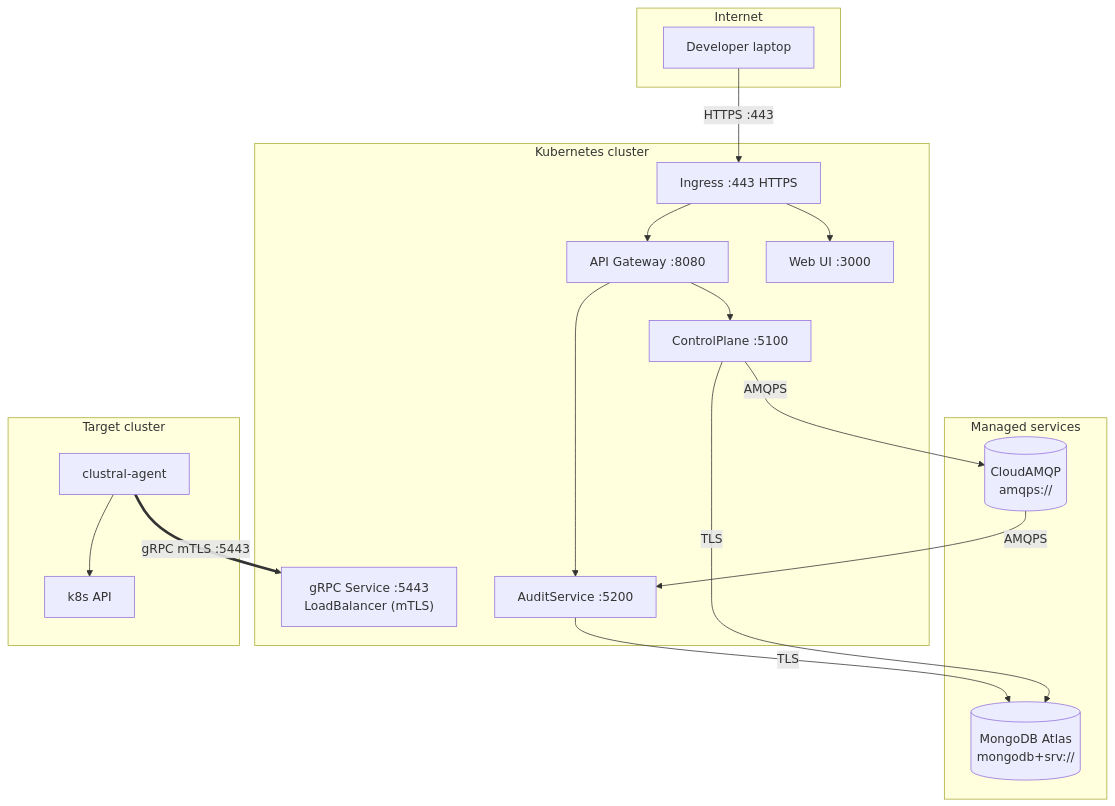
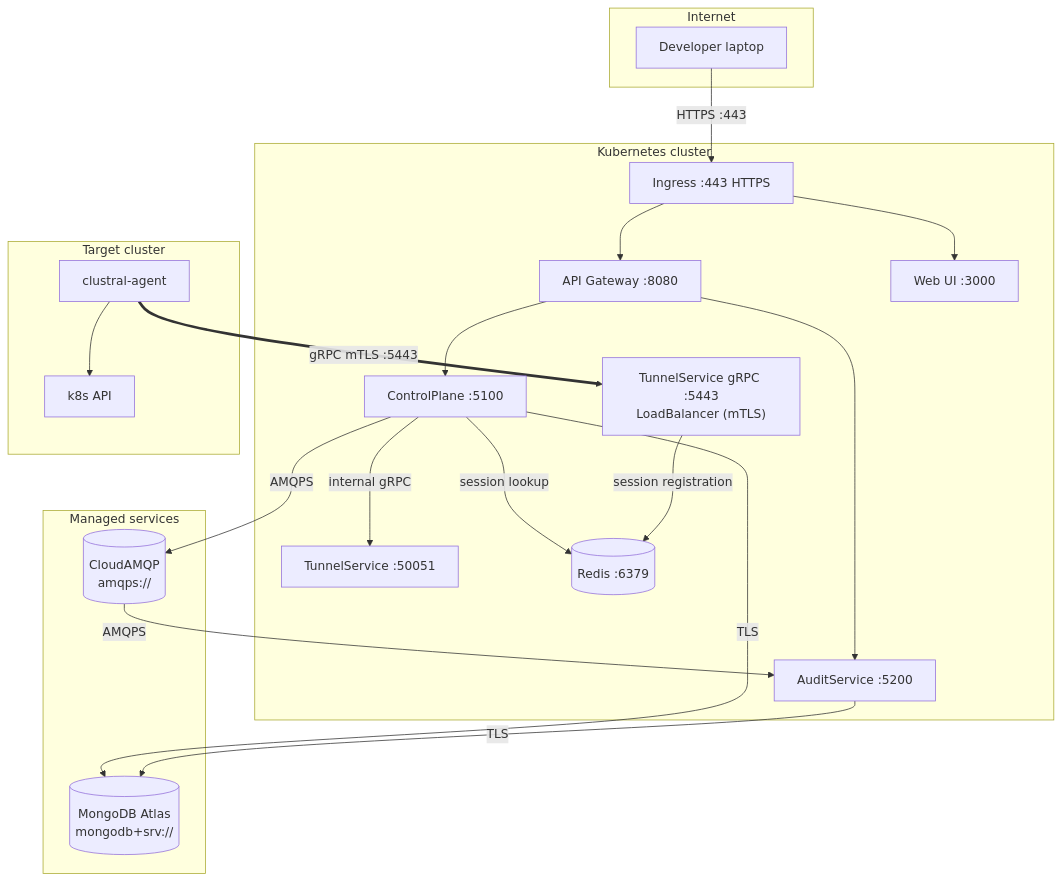
One commit to Clustral/clustral changed the third of 4 diagrams in docs-site/architecture/network-map.md. Above: the diagram before and after it, drawn with Mermaid. The commit also changed other lines of this file and 10 other files, not shown here.

First line of the commit message:
docs: update all diagrams + docs for TunnelService split (#4)

````diff
--- a/docs-site/architecture/network-map.md
+++ b/docs-site/architecture/network-map.md
@@ -123,36 +136,41 @@
 ```mermaid
 graph TB
     subgraph Internet
         USER[Developer laptop]
     end
 
     subgraph "Kubernetes cluster"
         ING[Ingress :443 HTTPS]
         GW[API Gateway :8080]
         WEB[Web UI :3000]
         CP_HTTP[ControlPlane :5100]
-        CP_GRPC_SVC["gRPC Service :5443<br/>LoadBalancer (mTLS)"]
+        TUNNEL_SVC["TunnelService gRPC :5443<br/>LoadBalancer (mTLS)"]
+        TUNNEL_INT["TunnelService :50051"]
+        REDIS[(Redis :6379)]
         AUDIT[AuditService :5200]
     end
 
     subgraph "Managed services"
         MONGO[(MongoDB Atlas<br/>mongodb+srv://)]
         MQ[(CloudAMQP<br/>amqps://)]
     end
 
     subgraph "Target cluster"
         AGENT[clustral-agent]
         K8S[k8s API]
     end
 
     USER -- "HTTPS :443" --> ING
     ING --> GW --> CP_HTTP
     ING --> WEB
     GW --> AUDIT
+    CP_HTTP -- "session lookup" --> REDIS
+    CP_HTTP -- "internal gRPC" --> TUNNEL_INT
     CP_HTTP -- "TLS" --> MONGO
     AUDIT -- "TLS" --> MONGO
     CP_HTTP -- "AMQPS" --> MQ
     MQ -- "AMQPS" --> AUDIT
-    AGENT == "gRPC mTLS :5443" ==> CP_GRPC_SVC
+    TUNNEL_SVC -- "session registration" --> REDIS
+    AGENT == "gRPC mTLS :5443" ==> TUNNEL_SVC
     AGENT --> K8S
 ```
````
